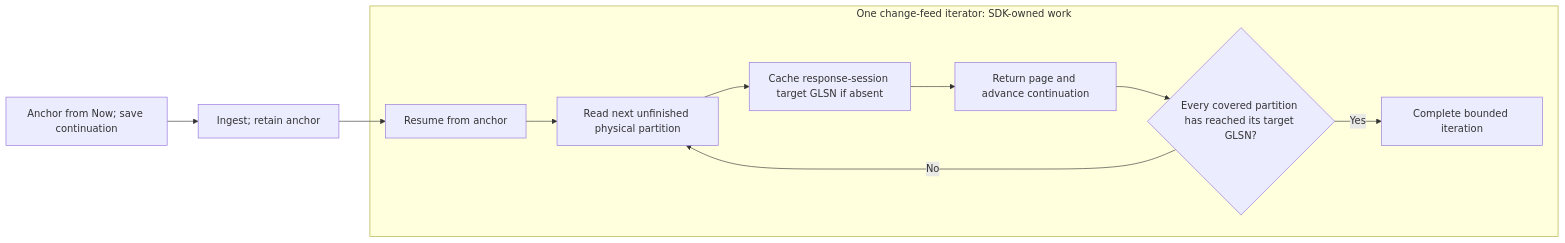
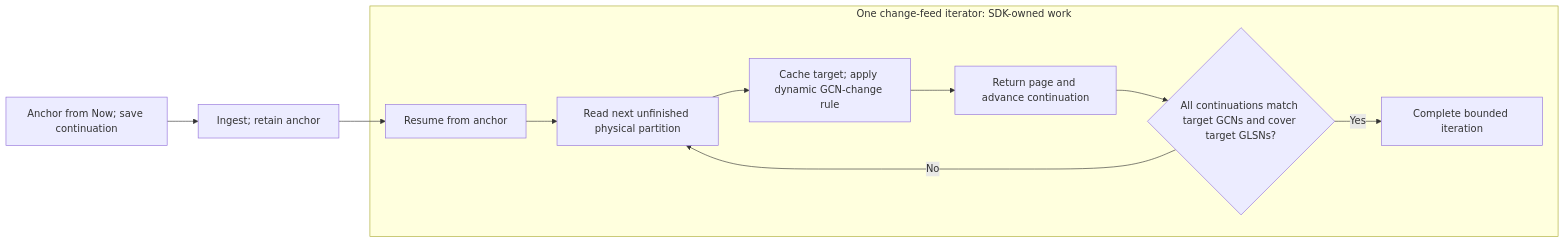
The diagram in docs/change-feed-read-until-investigation.md (Azure/azure-cosmos-dotnet-v3), drawn with Mermaid before and after one commit. The commit also changed other lines of this file and 2 other files, not shown here.

First line of the commit message:
[Internal] Change Feed: Adds dynamic target GLSN design

````diff
--- a/docs/change-feed-read-until-investigation.md
+++ b/docs/change-feed-read-until-investigation.md
@@ -106,13 +106,13 @@
 ```mermaid
 flowchart LR
     A["Anchor from Now; save continuation"] --> W["Ingest; retain anchor"]
     W --> U["Resume from anchor"]
     subgraph SDK["One change-feed iterator: SDK-owned work"]
         U --> R["Read next unfinished physical partition"]
-        R --> T["Cache response-session target GLSN if absent"]
+        R --> T["Cache target; apply dynamic GCN-change rule"]
         T --> P["Return page and advance continuation"]
-        P --> C{"Every covered partition has reached its target GLSN?"}
+        P --> C{"All continuations match target GCNs and cover target GLSNs?"}
         C -->|No| R
         C -->|Yes| D["Complete bounded iteration"]
     end
 ```
````
